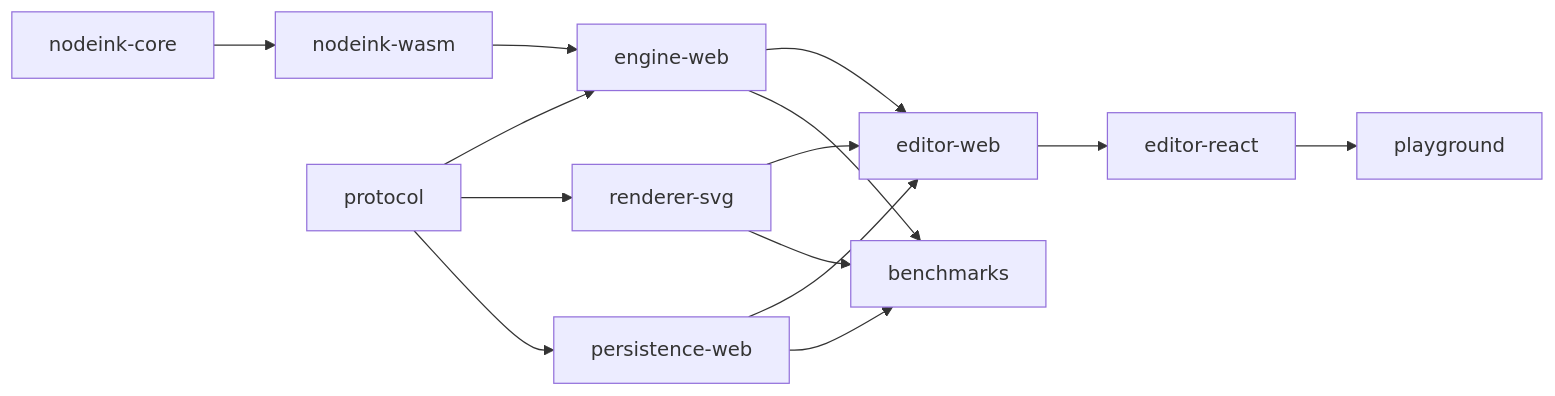
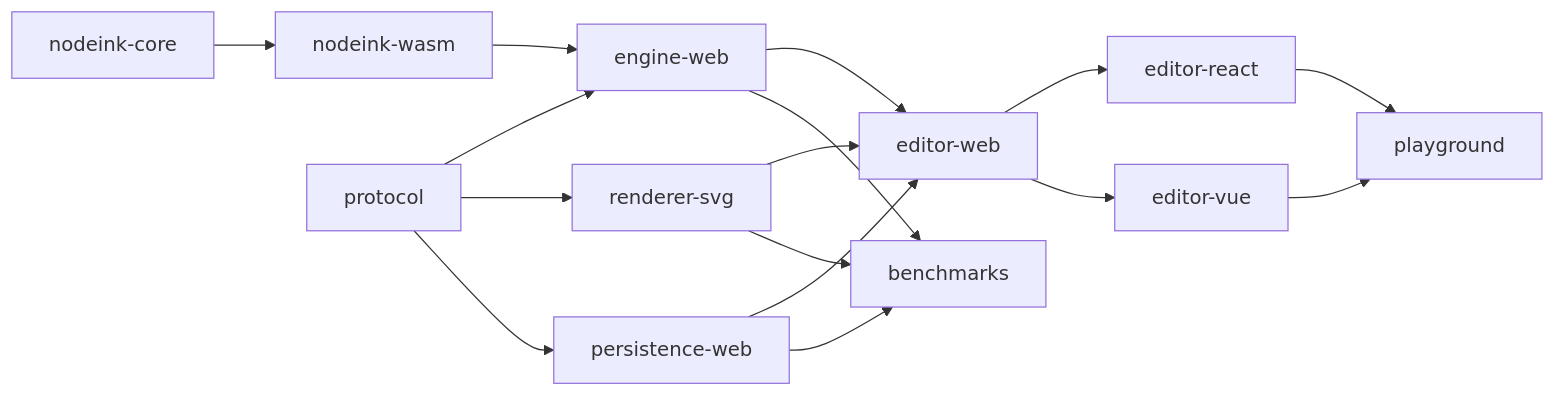
Before and after one commit to deweyou/node-ink: the third of 3 diagrams in docs/architecture/technical-architecture.md, drawn with Mermaid. The commit also changed other lines of this file and 18 other files, not shown here.

Commit message:
feat: add Vue editor adapter

````diff
--- a/docs/architecture/technical-architecture.md
+++ b/docs/architecture/technical-architecture.md
@@ -1046,16 +1051,18 @@
 ```mermaid
 flowchart LR
     Core["nodeink-core"] --> Wasm["nodeink-wasm"]
     Protocol["protocol"] --> EngineWeb["engine-web"]
     Wasm --> EngineWeb
     Protocol --> Svg["renderer-svg"]
     Protocol --> Persist["persistence-web"]
     EngineWeb --> EditorWeb["editor-web"]
     Svg --> EditorWeb
     Persist --> EditorWeb
     EditorWeb --> React["editor-react"]
+    EditorWeb --> Vue["editor-vue"]
     React --> Playground["playground"]
+    Vue --> Playground
     EngineWeb --> Bench["benchmarks"]
     Svg --> Bench
     Persist --> Bench
 ```
````
